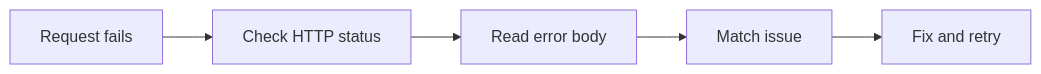
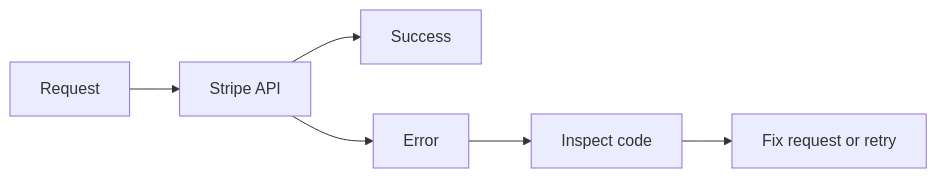
One commit to javeed-321/documentationai-wiki changed the diagram in api-docs/errors.mdx. Above: the diagram before and after it, drawn with Mermaid. The commit also changed other lines of this file and 10 other files, not shown here.

````diff
--- a/api-docs/errors.mdx
+++ b/api-docs/errors.mdx
@@ -31,7 +34,8 @@
 ```mermaid
 graph LR
-    A[Request fails] --> B[Check HTTP status]
-    B --> C[Read error body]
-    C --> D[Match issue]
-    D --> E[Fix and retry]
+    A[Request] --> B[Stripe API]
+    B --> C[Success]
+    B --> D[Error]
+    D --> E[Inspect code]
+    E --> F[Fix request or retry]
 ```
````
